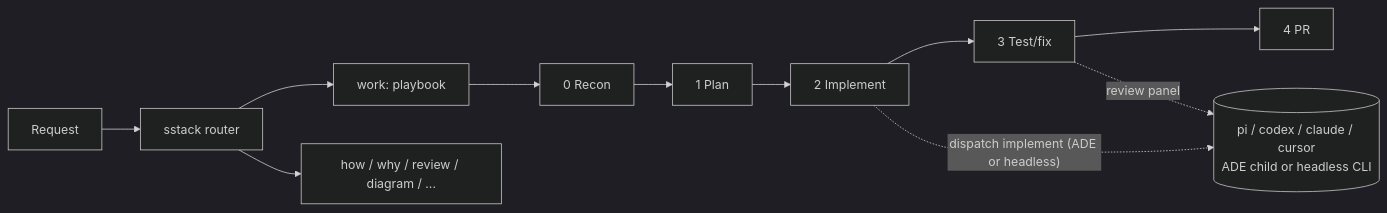
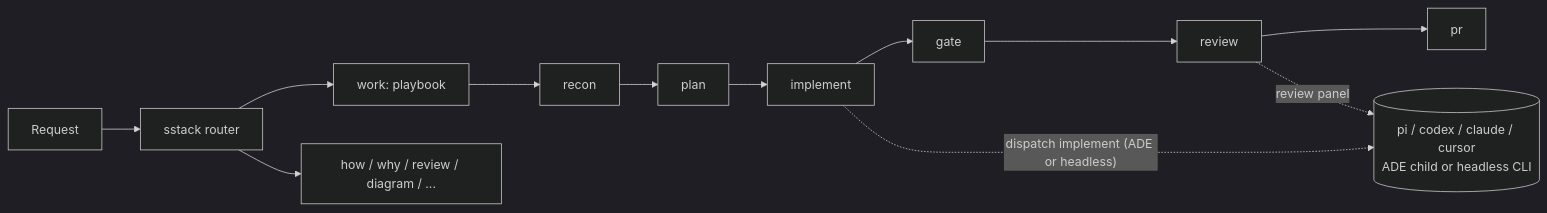
The first of 2 diagrams in README.md (cobeo2004/sstack), drawn with Mermaid (dark theme) before and after one commit. The commit also changed other lines of this file and 42 other files, not shown here.

````diff
--- a/README.md
+++ b/README.md
@@ -34,9 +34,9 @@
 ```mermaid
 flowchart LR
     U[Request] --> R[sstack router]
     R --> W[work: playbook]
     R --> O[how / why / review / diagram / ...]
-    W --> P0[0 Recon] --> P1[1 Plan] --> P2[2 Implement] --> P3[3 Test/fix] --> P4[4 PR]
-    P2 -. "dispatch implement (ADE or headless)" .-> H[(pi / codex / claude / cursor<br/>ADE child or headless CLI)]
-    P3 -. review panel .-> H
+    W --> S0[recon] --> S1[plan] --> S2[implement] --> S3[gate] --> S4[review] --> S5[pr]
+    S2 -. "dispatch implement (ADE or headless)" .-> H[(pi / codex / claude / cursor<br/>ADE child or headless CLI)]
+    S4 -. review panel .-> H
 ```
````
